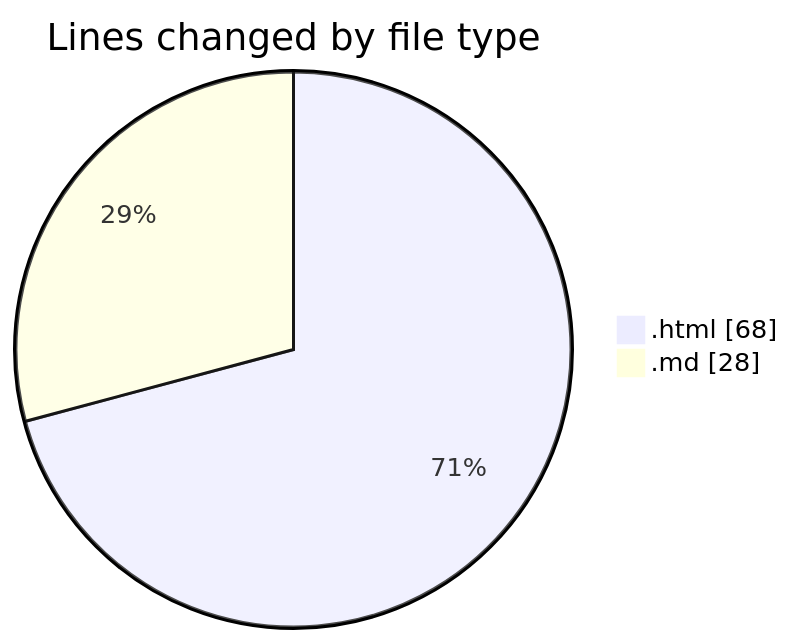
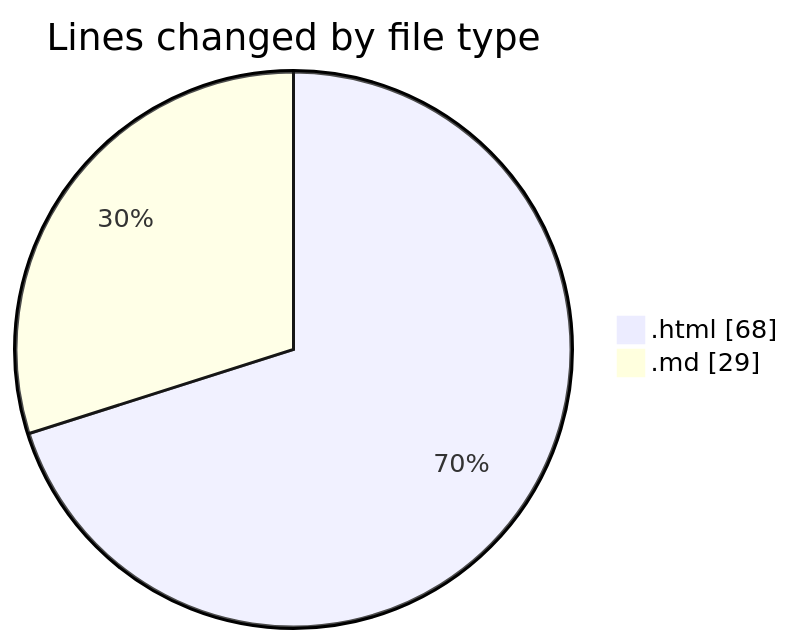
Before and after one commit to Ritupan-Deka/code-tracking: the first of 2 diagrams in 2025-07-04/urlwebwala_intership_work/README.md, drawn with Mermaid. The commit also changed other lines of this file and 1 other file, not shown here.

````diff
--- a/2025-07-04/urlwebwala_intership_work/README.md
+++ b/2025-07-04/urlwebwala_intership_work/README.md
@@ -21,6 +21,6 @@
 ```mermaid
 pie showData
 title Lines changed by file type
 ".html" : 68
-".md" : 28
+".md" : 29
 ```
````
